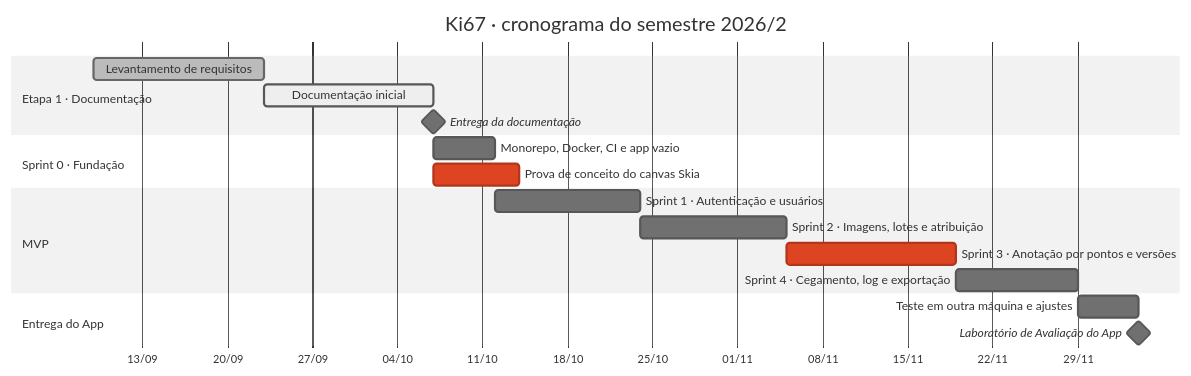
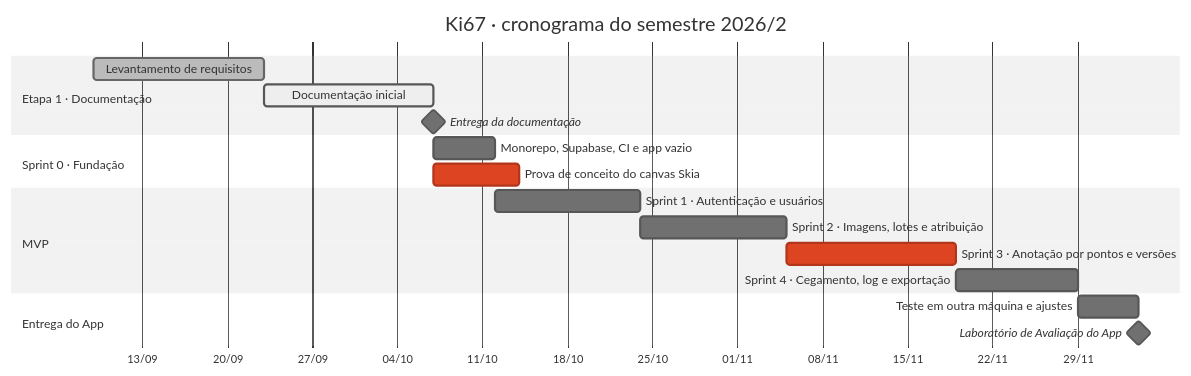
The first of 2 diagrams in docs/03-planejamento.md (Matheus-Lordron/ki67), drawn with Mermaid (neutral theme) before and after one commit. The commit also changed other lines of this file and 5 other files, not shown here.

````diff
--- a/docs/03-planejamento.md
+++ b/docs/03-planejamento.md
@@ -25,25 +25,25 @@
 ```mermaid
 gantt
     title Ki67 · cronograma do semestre 2026/2
     dateFormat YYYY-MM-DD
     axisFormat %d/%m
 
     section Etapa 1 · Documentação
     Levantamento de requisitos               :done, req, 2026-09-09, 2026-09-23
     Documentação inicial                     :active, doc, after req, 14d
     Entrega da documentação                  :milestone, m1, after doc, 0d
 
     section Sprint 0 · Fundação
-    Monorepo, Docker, CI e app vazio         :s0, after doc, 5d
+    Monorepo, Supabase, CI e app vazio       :s0, after doc, 5d
     Prova de conceito do canvas Skia         :crit, poc, after doc, 7d
 
     section MVP
     Sprint 1 · Autenticação e usuários       :s1, after s0, 12d
     Sprint 2 · Imagens, lotes e atribuição   :s2, after s1, 12d
     Sprint 3 · Anotação por pontos e versões :crit, s3, after s2 poc, 14d
     Sprint 4 · Cegamento, log e exportação   :s4, after s3, 10d
 
     section Entrega do App
     Teste em outra máquina e ajustes         :tst, after s4, 5d
     Laboratório de Avaliação do App          :milestone, lab, after tst, 0d
 ```
````
